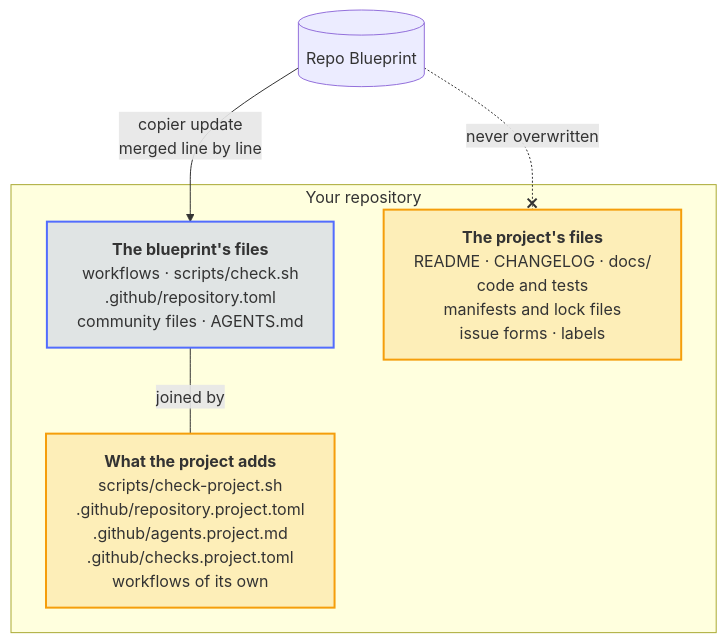
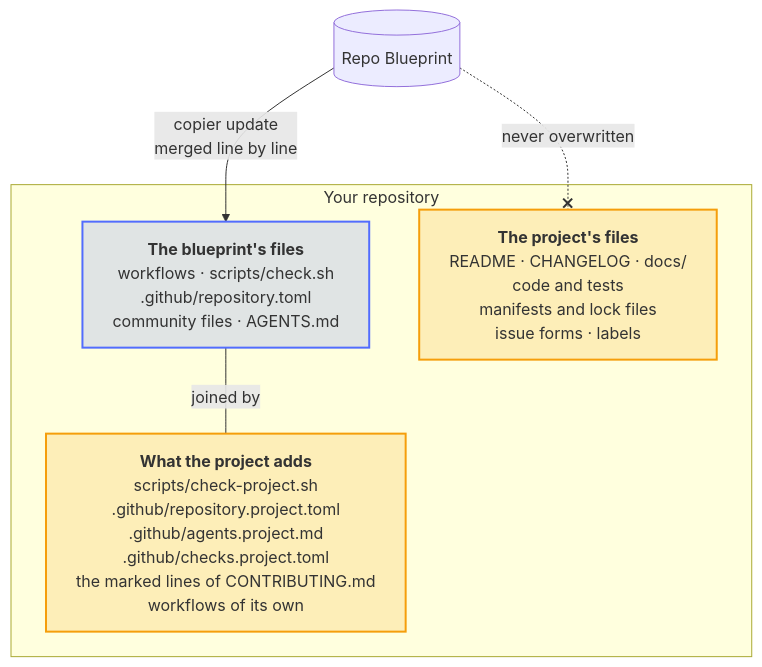
Before and after one commit to Dennis-Otto/repo-blueprint: the diagram in docs/diagrams/what-belongs-to-the-blueprint-and-what-to-the-project.mmd, drawn with Mermaid. The commit also changed 27 other files, not shown here.

First line of the commit message:
fix: let a project add its own text to the Releases part of CONTRIBUTING.md

```diff
--- a/docs/diagrams/what-belongs-to-the-blueprint-and-what-to-the-project.mmd
+++ b/docs/diagrams/what-belongs-to-the-blueprint-and-what-to-the-project.mmd
@@ -1,25 +1,25 @@
 ---
 config:
   flowchart:
     wrappingWidth: 400
 ---
 flowchart TB
     accTitle: What belongs to the blueprint and what to the project
     accDescr: copier update brings the changes of the blueprint's files, merged line by line with the changes of the repository, and never overwrites the files of the project. A project adds checks, settings, notes for coding agents and workflows of its own beside those of the blueprint.
 
     blueprint[("Repo Blueprint")]
 
     subgraph repo ["Your repository"]
         theirs["`**The blueprint's files**<br>workflows · scripts/check.sh<br>.github/repository.toml<br>community files · AGENTS.md`"]
         mine["`**The project's files**<br>README · CHANGELOG · docs/<br>code and tests<br>manifests and lock files<br>issue forms · labels`"]
-        adds["`**What the project adds**<br>scripts/check-project.sh<br>.github/repository.project.toml<br>.github/agents.project.md<br>.github/checks.project.toml<br>workflows of its own`"]
+        adds["`**What the project adds**<br>scripts/check-project.sh<br>.github/repository.project.toml<br>.github/agents.project.md<br>.github/checks.project.toml<br>the marked lines of CONTRIBUTING.md<br>workflows of its own`"]
     end
 
     blueprint -- "copier update<br>merged line by line" --> theirs
     blueprint -. "never overwritten" .-x mine
     theirs -- "joined by" --- adds
 
     classDef bot fill:#526cfe2e,stroke:#526cfe,stroke-width:2px
     classDef person fill:#f59e0b2e,stroke:#f59e0b,stroke-width:2px
     class theirs bot
     class mine,adds person
```
